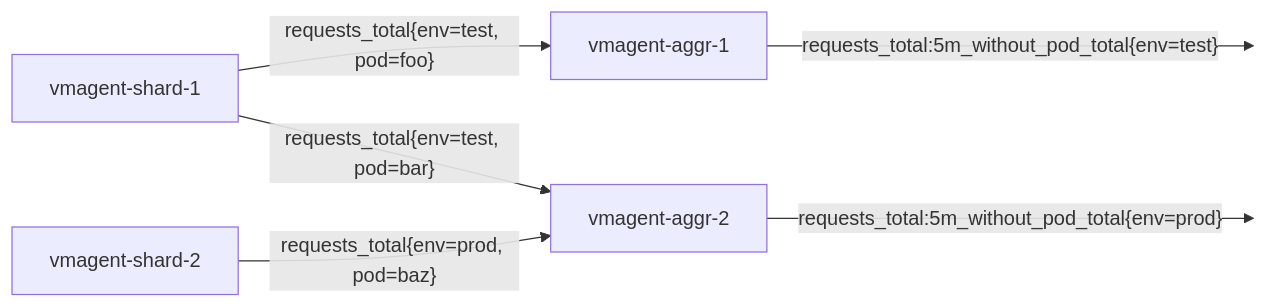
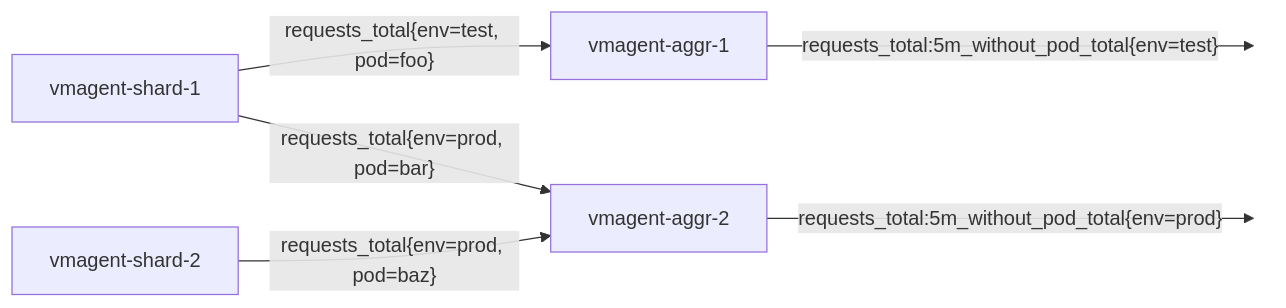
The second of 2 diagrams in docs/victoriametrics/stream-aggregation/README.md (VictoriaMetrics/VictoriaMetrics), drawn with Mermaid before and after one commit.

Commit message:
fix diagram typo

````diff
--- a/docs/victoriametrics/stream-aggregation/README.md
+++ b/docs/victoriametrics/stream-aggregation/README.md
@@ -608,10 +608,10 @@
 ```mermaid
 flowchart LR
     V1[vmagent-shard-1] -- requests_total{env=test, pod=foo} --> SV1[vmagent-aggr-1]
-    V1[vmagent-shard-1] -- requests_total{env=test, pod=bar} --> SV2[vmagent-aggr-1]
+    V1[vmagent-shard-1] -- requests_total{env=prod, pod=bar} --> SV2[vmagent-aggr-1]
     V2[vmagent-shard-2] -- requests_total{env=prod, pod=baz} --> SV2[vmagent-aggr-2]
     SV1 -- requests_total:5m_without_pod_total{env=test} --> x(( ))
     SV2 -- requests_total:5m_without_pod_total{env=prod} --> y(( ))
 style x fill:none,stroke:none
 style y fill:none,stroke:none
 ```
````
